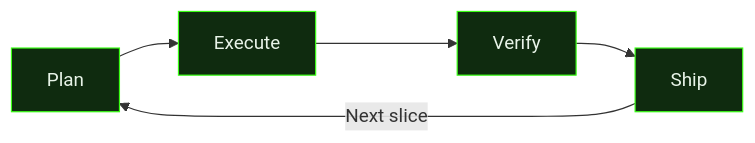
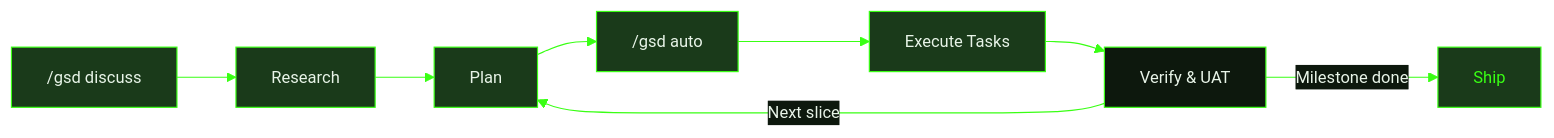
One commit to shusha-group/gsd2-guide changed the diagram in src/content/docs/index.mdx. Above: the diagram before and after it, drawn with Mermaid. The commit also changed other lines of this file, not shown here.

````diff
--- a/src/content/docs/index.mdx
+++ b/src/content/docs/index.mdx
@@ -35,11 +33,18 @@
 ```mermaid
+%%{init: {'theme': 'base', 'themeVariables': { 'primaryColor': '#1a3a1a', 'primaryTextColor': '#e8f4e8', 'primaryBorderColor': '#39ff14', 'lineColor': '#39ff14', 'secondaryColor': '#0d180d', 'tertiaryColor': '#0d180d', 'fontSize': '14px' }}}%%
 graph LR
-  A[Plan] --> B[Execute]
-  B --> C[Verify]
-  C --> D[Ship]
-  D -->|Next slice| A
-  style A fill:#0f2b0f,stroke:#39ff14,color:#e8f4e8
-  style B fill:#0f2b0f,stroke:#39ff14,color:#e8f4e8
-  style C fill:#0f2b0f,stroke:#39ff14,color:#e8f4e8
-  style D fill:#0f2b0f,stroke:#39ff14,color:#e8f4e8
+  A["/gsd discuss"] --> B[Research]
+  B --> C[Plan]
+  C --> D["/gsd auto"]
+  D --> E[Execute Tasks]
+  E --> F[Verify & UAT]
+  F -->|Next slice| C
+  F -->|Milestone done| G[Ship]
+  style A fill:#1a3a1a,stroke:#39ff14,color:#e8f4e8
+  style B fill:#1a3a1a,stroke:#39ff14,color:#e8f4e8
+  style C fill:#1a3a1a,stroke:#39ff14,color:#e8f4e8
+  style D fill:#1a3a1a,stroke:#39ff14,color:#e8f4e8
+  style E fill:#1a3a1a,stroke:#39ff14,color:#e8f4e8
+  style F fill:#0d180d,stroke:#39ff14,color:#e8f4e8
+  style G fill:#1a3a1a,stroke:#39ff14,color:#39ff14
 ```
````
